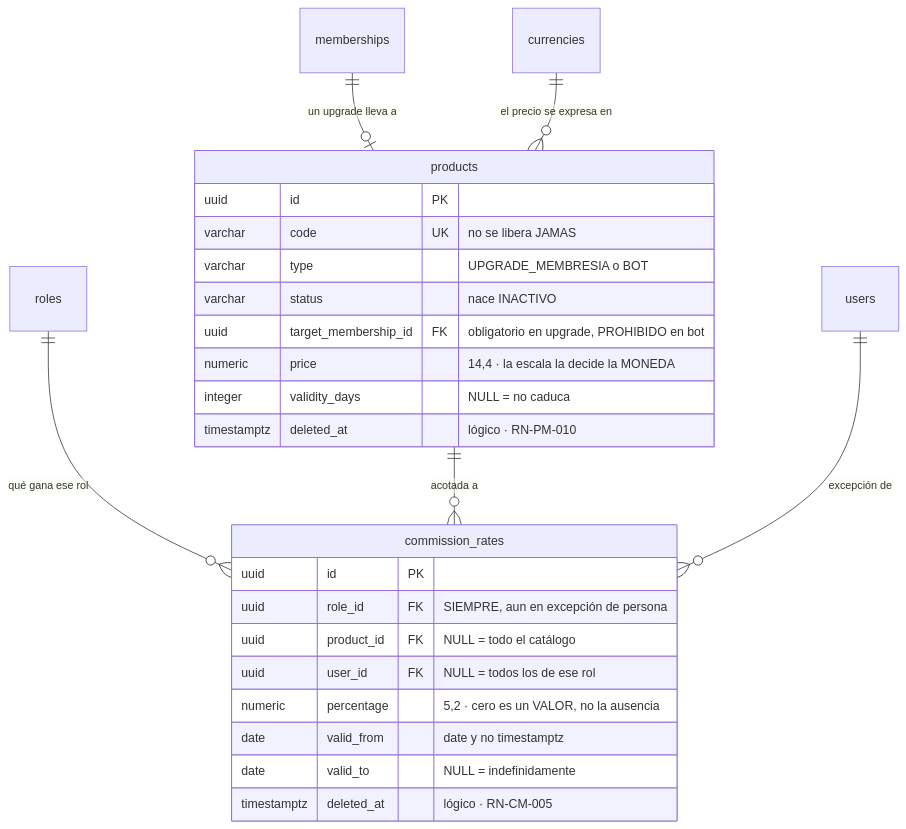
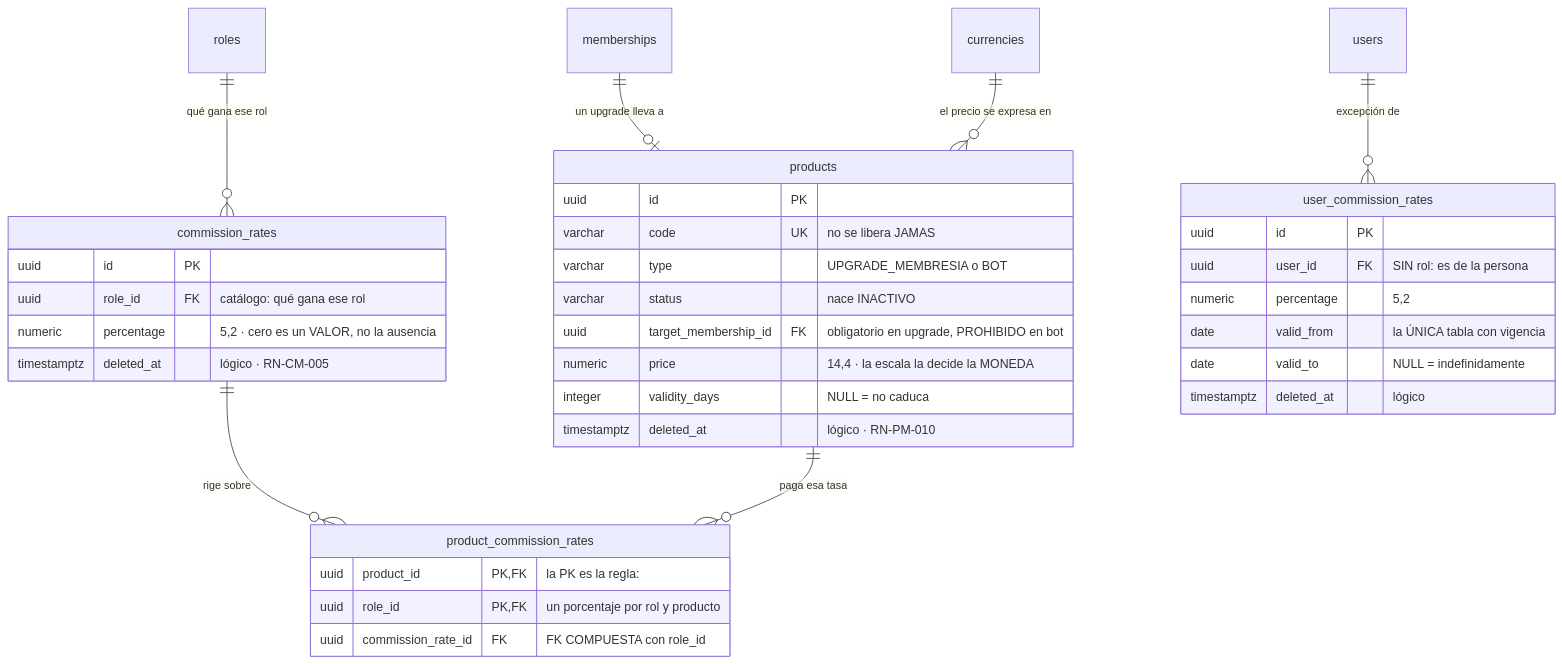
The fourth of 5 diagrams in docs/modelo-datos.md (NexusPro-Dev/backend), drawn with Mermaid before and after one commit. The commit also changed other lines of this file and 5 other files, not shown here.

First line of the commit message:
docs(cm): las comisiones se rehacen — catalogo por rol, excepcion por persona y asociacion

````diff
--- a/docs/modelo-datos.md
+++ b/docs/modelo-datos.md
@@ -313,31 +313,43 @@
 ```mermaid
 erDiagram
     memberships ||--o| products : "un upgrade lleva a"
     currencies  ||--o{ products : "el precio se expresa en"
 
     roles    ||--o{ commission_rates : "qué gana ese rol"
-    products ||--o{ commission_rates : "acotada a"
-    users    ||--o{ commission_rates : "excepción de"
+    commission_rates ||--o{ product_commission_rates : "rige sobre"
+    products ||--o{ product_commission_rates : "paga esa tasa"
+    users    ||--o{ user_commission_rates : "excepción de"
 
     products {
         uuid id PK
         varchar code UK "no se libera JAMAS"
         varchar type "UPGRADE_MEMBRESIA o BOT"
         varchar status "nace INACTIVO"
         uuid target_membership_id FK "obligatorio en upgrade, PROHIBIDO en bot"
         numeric price "14,4 · la escala la decide la MONEDA"
         integer validity_days "NULL = no caduca"
         timestamptz deleted_at "lógico · RN-PM-010"
     }
 
     commission_rates {
         uuid id PK
-        uuid role_id FK "SIEMPRE, aun en excepción de persona"
-        uuid product_id FK "NULL = todo el catálogo"
-        uuid user_id FK "NULL = todos los de ese rol"
+        uuid role_id FK "catálogo: qué gana ese rol"
         numeric percentage "5,2 · cero es un VALOR, no la ausencia"
-        date valid_from "date y no timestamptz"
-        date valid_to "NULL = indefinidamente"
         timestamptz deleted_at "lógico · RN-CM-005"
     }
+
+    product_commission_rates {
+        uuid product_id PK,FK "la PK es la regla:"
+        uuid role_id PK,FK "un porcentaje por rol y producto"
+        uuid commission_rate_id FK "FK COMPUESTA con role_id"
+    }
+
+    user_commission_rates {
+        uuid id PK
+        uuid user_id FK "SIN rol: es de la persona"
+        numeric percentage "5,2"
+        date valid_from "la ÚNICA tabla con vigencia"
+        date valid_to "NULL = indefinidamente"
+        timestamptz deleted_at "lógico"
+    }
 ```
````
